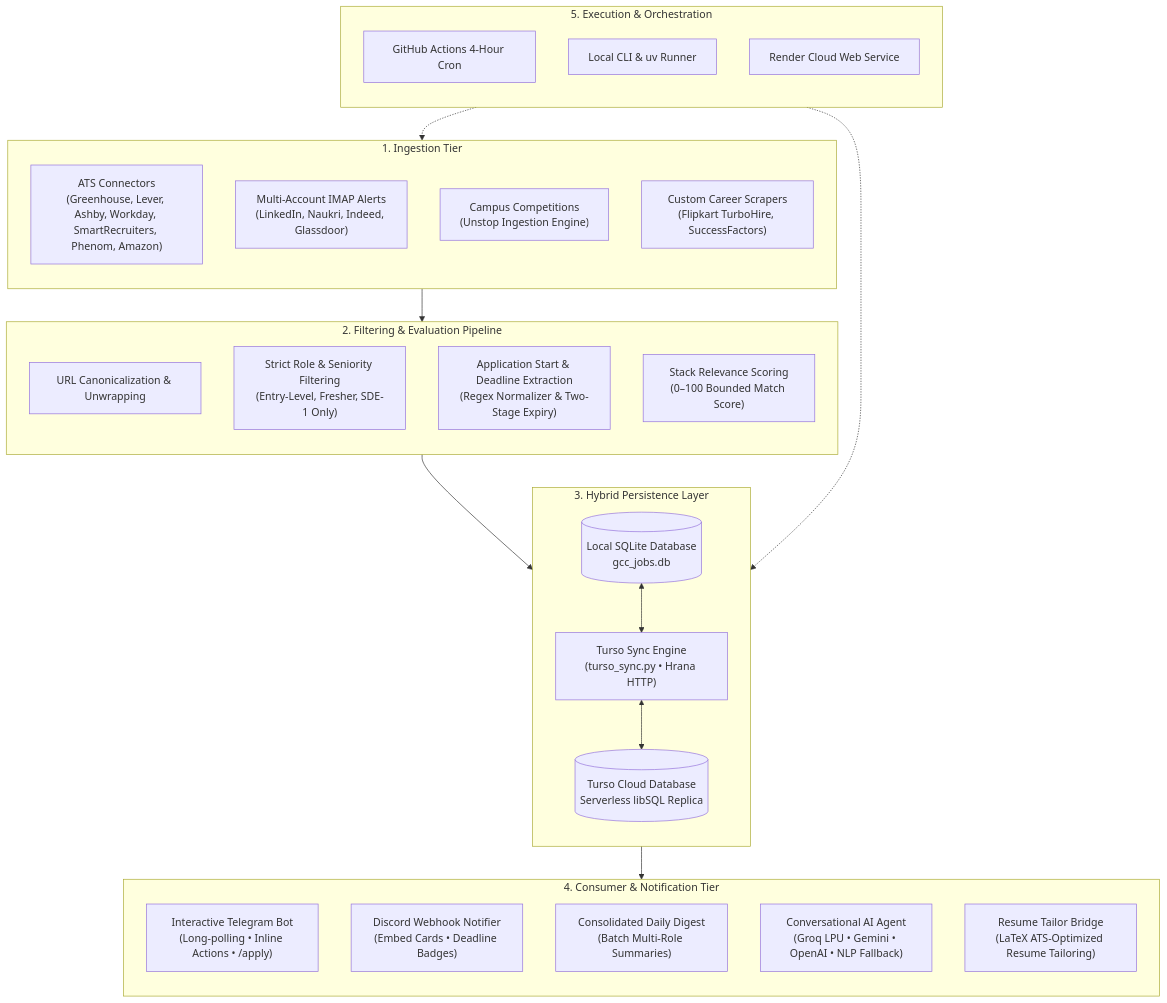
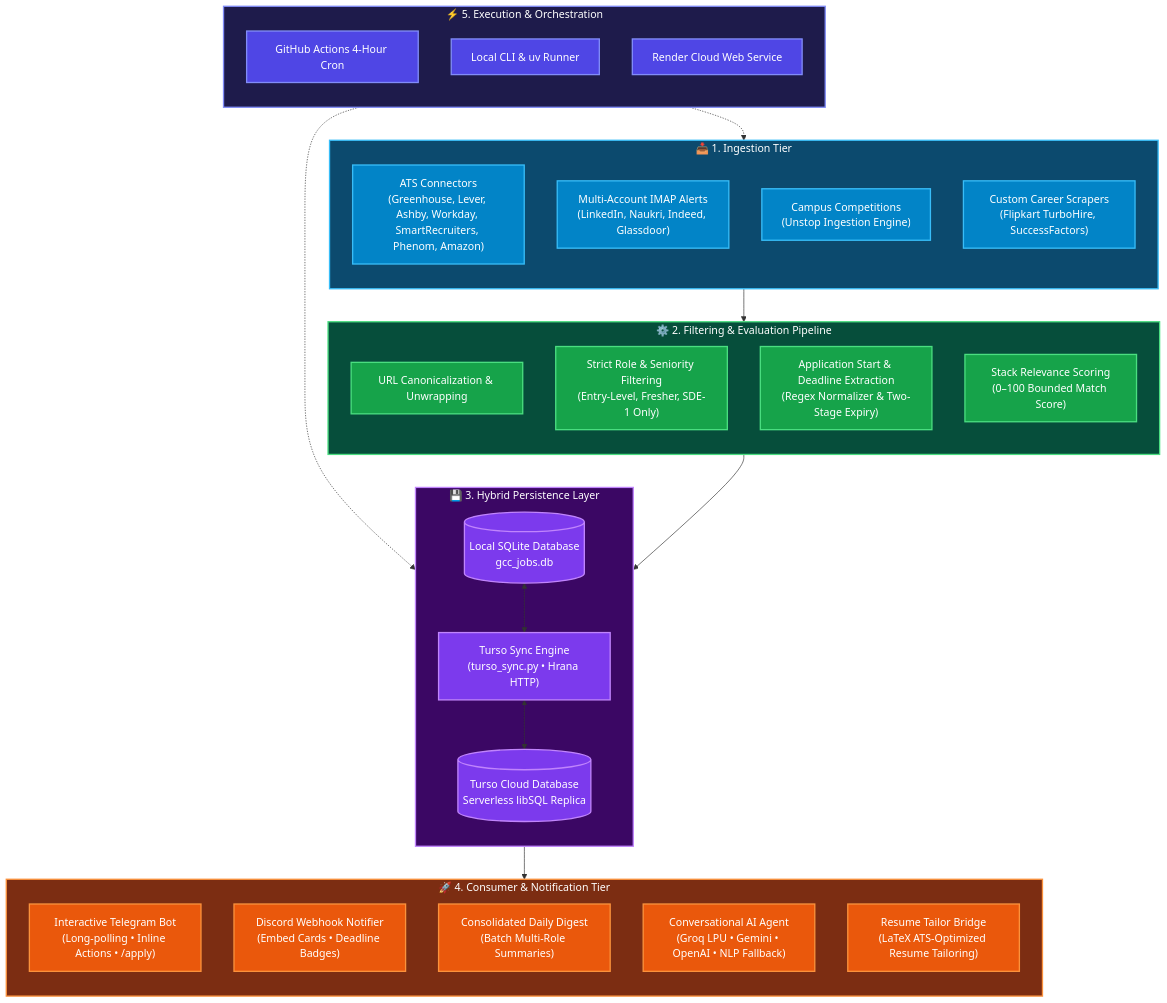
Before and after one commit to Chinmay468/gcc-job-radar: the diagram in README.md, drawn with Mermaid.

Commit message:
style(readme): add vibrant color scheme and styling to Mermaid architecture diagram

````diff
--- a/README.md
+++ b/README.md
@@ -276,48 +276,66 @@
 ```mermaid
 flowchart TD
-    subgraph INGEST["1. Ingestion Tier"]
+    classDef ingest fill:#0284c7,stroke:#38bdf8,stroke-width:2px,color:#ffffff;
+    classDef process fill:#16a34a,stroke:#4ade80,stroke-width:2px,color:#ffffff;
+    classDef storage fill:#7c3aed,stroke:#c084fc,stroke-width:2px,color:#ffffff;
+    classDef consumer fill:#ea580c,stroke:#fb923c,stroke-width:2px,color:#ffffff;
+    classDef orch fill:#4f46e5,stroke:#818cf8,stroke-width:2px,color:#ffffff;
+
+    subgraph ORCHESTRATION["⚡ 5. Execution & Orchestration"]
+        direction TB
+        E1["GitHub Actions 4-Hour Cron"]
+        E2["Local CLI & uv Runner"]
+        E3["Render Cloud Web Service"]
+    end
+
+    subgraph INGEST["📥 1. Ingestion Tier"]
         direction TB
         A1["ATS Connectors<br/>(Greenhouse, Lever, Ashby, Workday, SmartRecruiters, Phenom, Amazon)"]
         A2["Multi-Account IMAP Alerts<br/>(LinkedIn, Naukri, Indeed, Glassdoor)"]
         A3["Campus Competitions<br/>(Unstop Ingestion Engine)"]
         A4["Custom Career Scrapers<br/>(Flipkart TurboHire, SuccessFactors)"]
     end
 
-    subgraph PROCESS["2. Filtering & Evaluation Pipeline"]
+    subgraph PROCESS["⚙️ 2. Filtering & Evaluation Pipeline"]
         direction TB
         B1["URL Canonicalization & Unwrapping"]
         B2["Strict Role & Seniority Filtering<br/>(Entry-Level, Fresher, SDE-1 Only)"]
         B3["Application Start & Deadline Extraction<br/>(Regex Normalizer & Two-Stage Expiry)"]
         B4["Stack Relevance Scoring<br/>(0–100 Bounded Match Score)"]
     end
 
-    subgraph STORAGE["3. Hybrid Persistence Layer"]
+    subgraph STORAGE["💾 3. Hybrid Persistence Layer"]
         direction TB
         C1[("Local SQLite Database<br/>gcc_jobs.db")]
         C2["Turso Sync Engine<br/>(turso_sync.py • Hrana HTTP)"]
         C3[("Turso Cloud Database<br/>Serverless libSQL Replica")]
     end
 
-    subgraph CONSUMER["4. Consumer & Notification Tier"]
+    subgraph CONSUMER["🚀 4. Consumer & Notification Tier"]
         direction TB
         D1["Interactive Telegram Bot<br/>(Long-polling • Inline Actions • /apply)"]
         D2["Discord Webhook Notifier<br/>(Embed Cards • Deadline Badges)"]
         D3["Consolidated Daily Digest<br/>(Batch Multi-Role Summaries)"]
         D4["Conversational AI Agent<br/>(Groq LPU • Gemini • OpenAI • NLP Fallback)"]
         D5["Resume Tailor Bridge<br/>(LaTeX ATS-Optimized Resume Tailoring)"]
     end
 
-    subgraph ORCHESTRATION["5. Execution & Orchestration"]
-        direction TB
-        E1["GitHub Actions 4-Hour Cron"]
-        E2["Local CLI & uv Runner"]
-        E3["Render Cloud Web Service"]
-    end
-
+    ORCHESTRATION -.-> INGEST
+    ORCHESTRATION -.-> STORAGE
     INGEST --> PROCESS
     PROCESS --> STORAGE
     C1 <--> C2 <--> C3
     STORAGE --> CONSUMER
-    ORCHESTRATION -.-> INGEST
-    ORCHESTRATION -.-> STORAGE
+
+    class A1,A2,A3,A4 ingest;
+    class B1,B2,B3,B4 process;
+    class C1,C2,C3 storage;
+    class D1,D2,D3,D4,D5 consumer;
+    class E1,E2,E3 orch;
+
+    style INGEST fill:#0c4a6e,stroke:#38bdf8,stroke-width:2px,color:#ffffff
+    style PROCESS fill:#064e3b,stroke:#4ade80,stroke-width:2px,color:#ffffff
+    style STORAGE fill:#3b0764,stroke:#c084fc,stroke-width:2px,color:#ffffff
+    style CONSUMER fill:#7c2d12,stroke:#fb923c,stroke-width:2px,color:#ffffff
+    style ORCHESTRATION fill:#1e1b4b,stroke:#818cf8,stroke-width:2px,color:#ffffff
 ```
````
